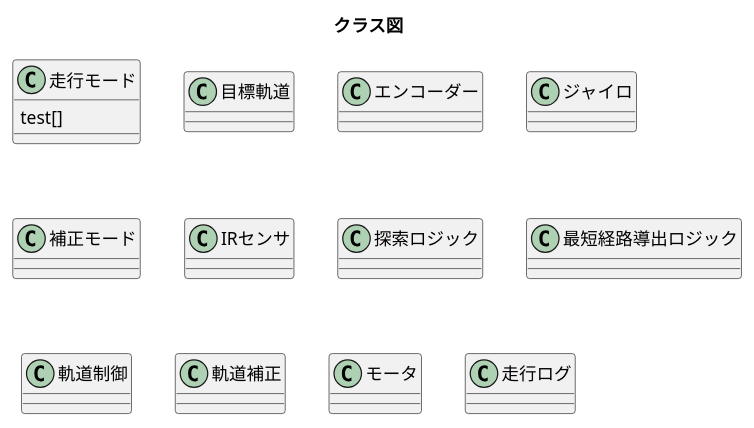
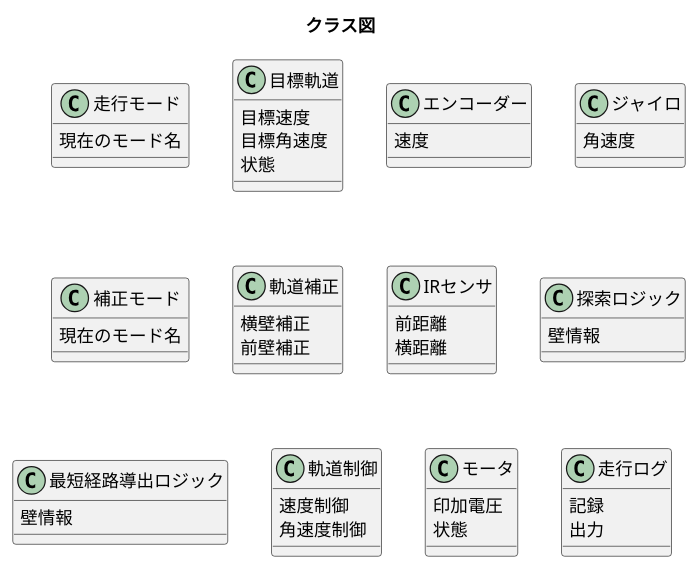
Before and after one commit to okada-y/micromouse: the diagram in uml/class.pu, drawn with PlantUML.

Commit message:
属性の付与

```diff
--- a/uml/class.pu
+++ b/uml/class.pu
@@ -1,19 +1,46 @@
 @startuml
 title クラス図
 
 class 走行モード
-走行モード : test[]
+走行モード : 現在のモード名
 
 Class 目標軌道
+目標軌道 : 目標速度
+目標軌道 : 目標角速度 
+目標軌道 : 状態
+
 class エンコーダー
+エンコーダー : 速度
+
 class ジャイロ
+ジャイロ : 角速度
+
 class 補正モード
+補正モード : 現在のモード名 
+
+class 軌道補正
+軌道補正 : 横壁補正
+軌道補正 : 前壁補正
+
 class IRセンサ
+IRセンサ : 前距離
+IRセンサ : 横距離
+
 class 探索ロジック
+探索ロジック : 壁情報
+
 class 最短経路導出ロジック
+最短経路導出ロジック : 壁情報
+
 class 軌道制御
-class 軌道補正
+軌道制御 : 速度制御
+軌道制御 : 角速度制御
+
 class モータ
+モータ : 印加電圧
+モータ : 状態
+
 class 走行ログ
-
+走行ログ : 記録
+走行ログ : 出力
 @enduml
```
